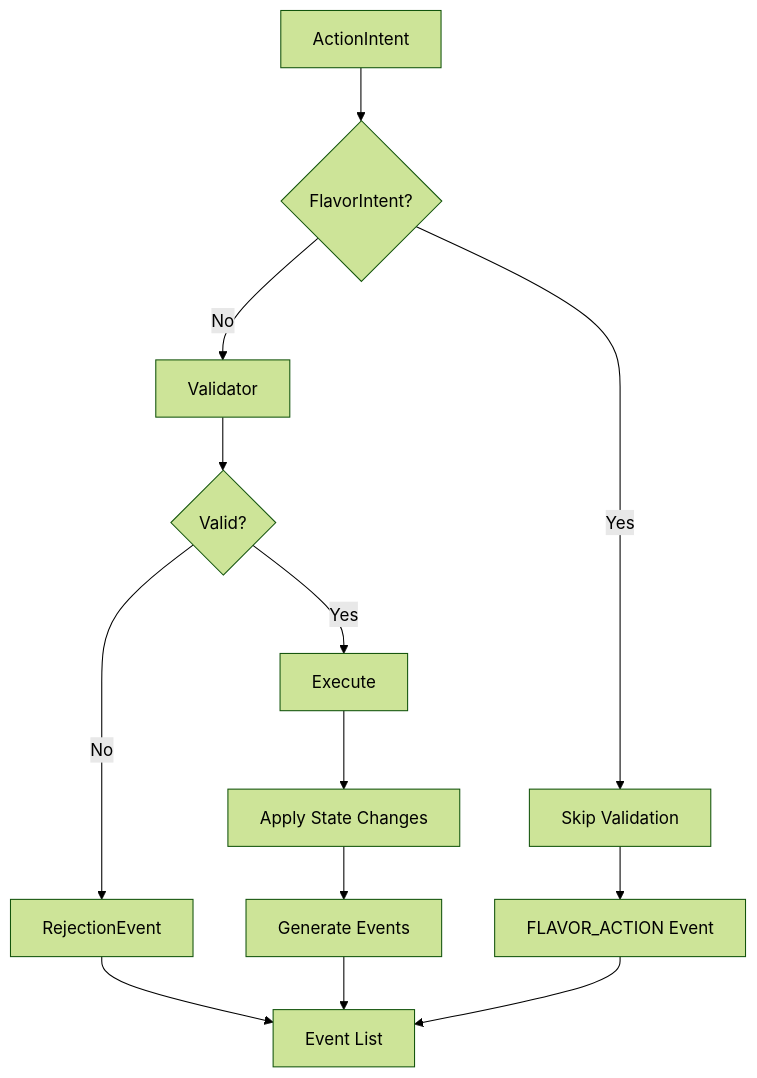
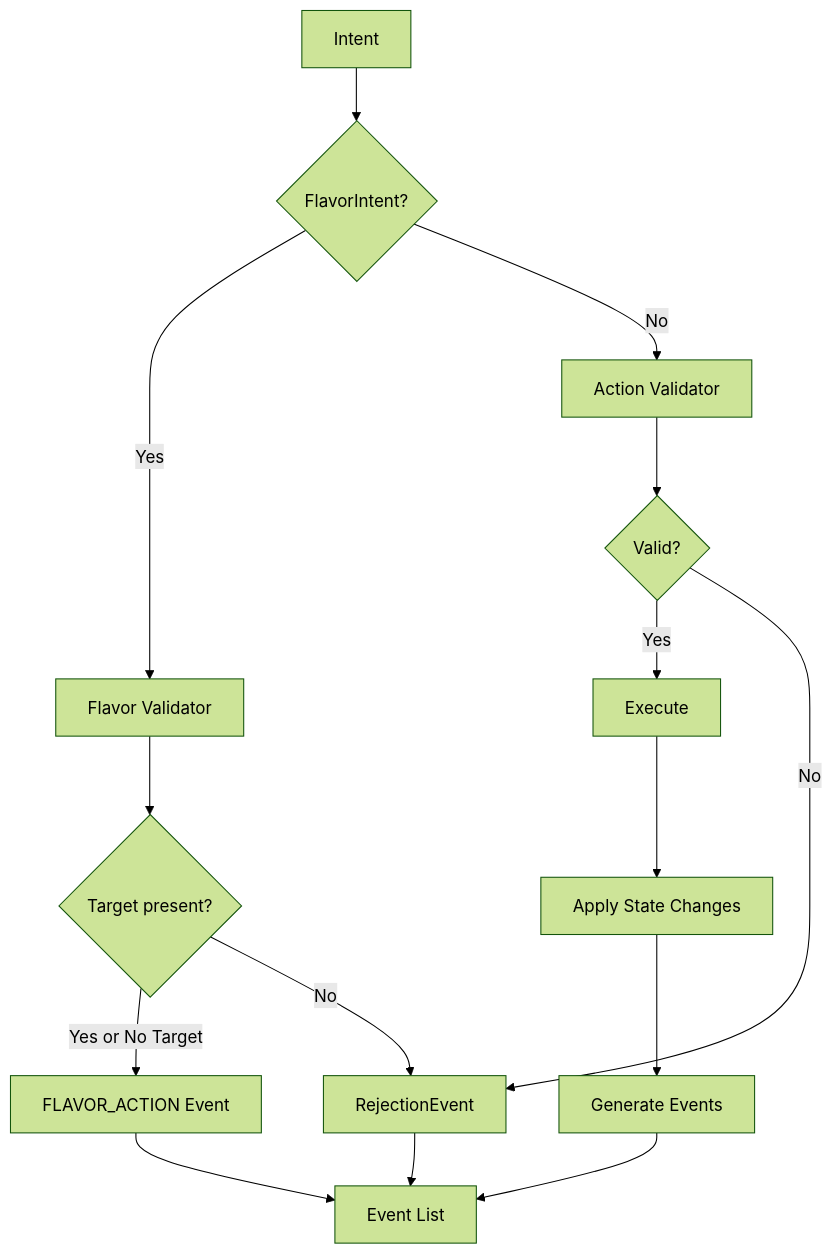
One commit to hazelcreek/gaime changed the fourth of 6 diagrams in planning/two-phase-game-loop-spec.md. Above: the diagram before and after it, drawn with Mermaid (forest theme). The commit also changed other lines of this file, not shown here.

````diff
--- a/planning/two-phase-game-loop-spec.md
+++ b/planning/two-phase-game-loop-spec.md
@@ -494,20 +555,23 @@
 ```mermaid
 flowchart TD
-    A[ActionIntent] --> B{FlavorIntent?}
+    A[Intent] --> B{FlavorIntent?}
     
-    B -->|Yes| C[Skip Validation]
-    B -->|No| D[Validator]
+    B -->|Yes| C[Flavor Validator]
+    B -->|No| D[Action Validator]
+    
+    C --> C1{Target present?}
+    C1 -->|Yes or No Target| J[FLAVOR_ACTION Event]
+    C1 -->|No| G[RejectionEvent]
     
     D --> E{Valid?}
     
     E -->|Yes| F[Execute]
-    E -->|No| G[RejectionEvent]
+    E -->|No| G
     
     F --> H[Apply State Changes]
     H --> I[Generate Events]
     
-    C --> J[FLAVOR_ACTION Event]
     G --> K[Event List]
     I --> K
     J --> K
 ```
````
